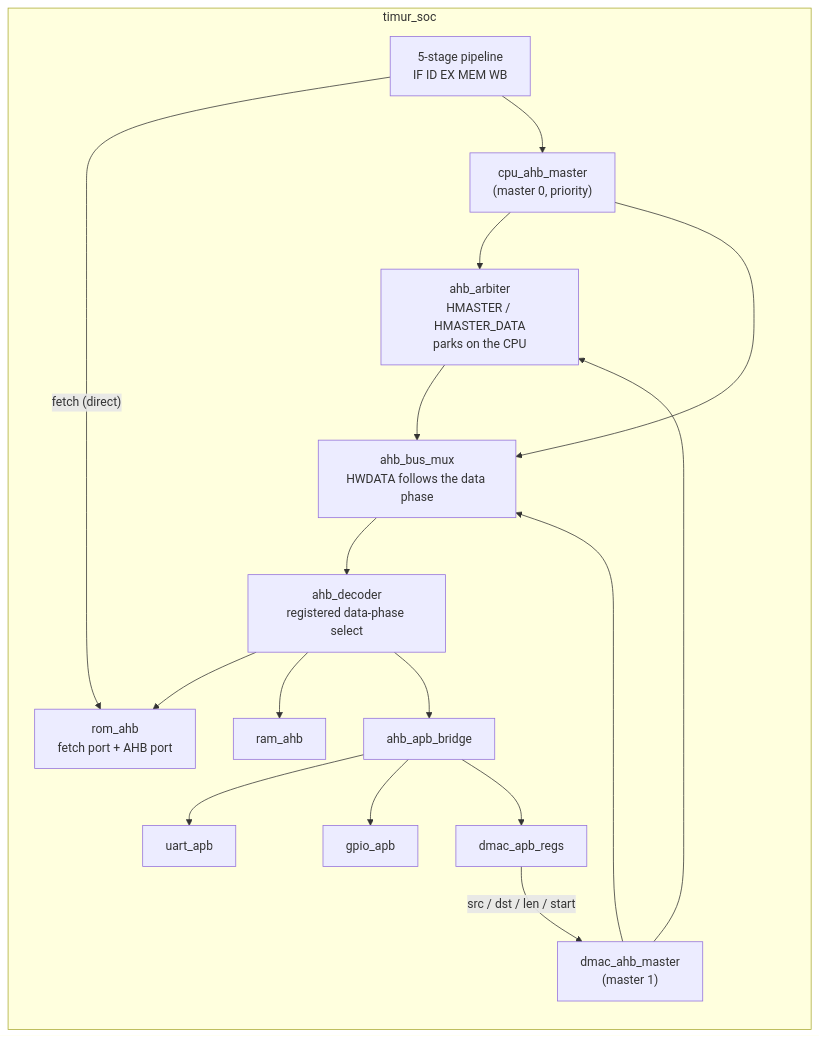
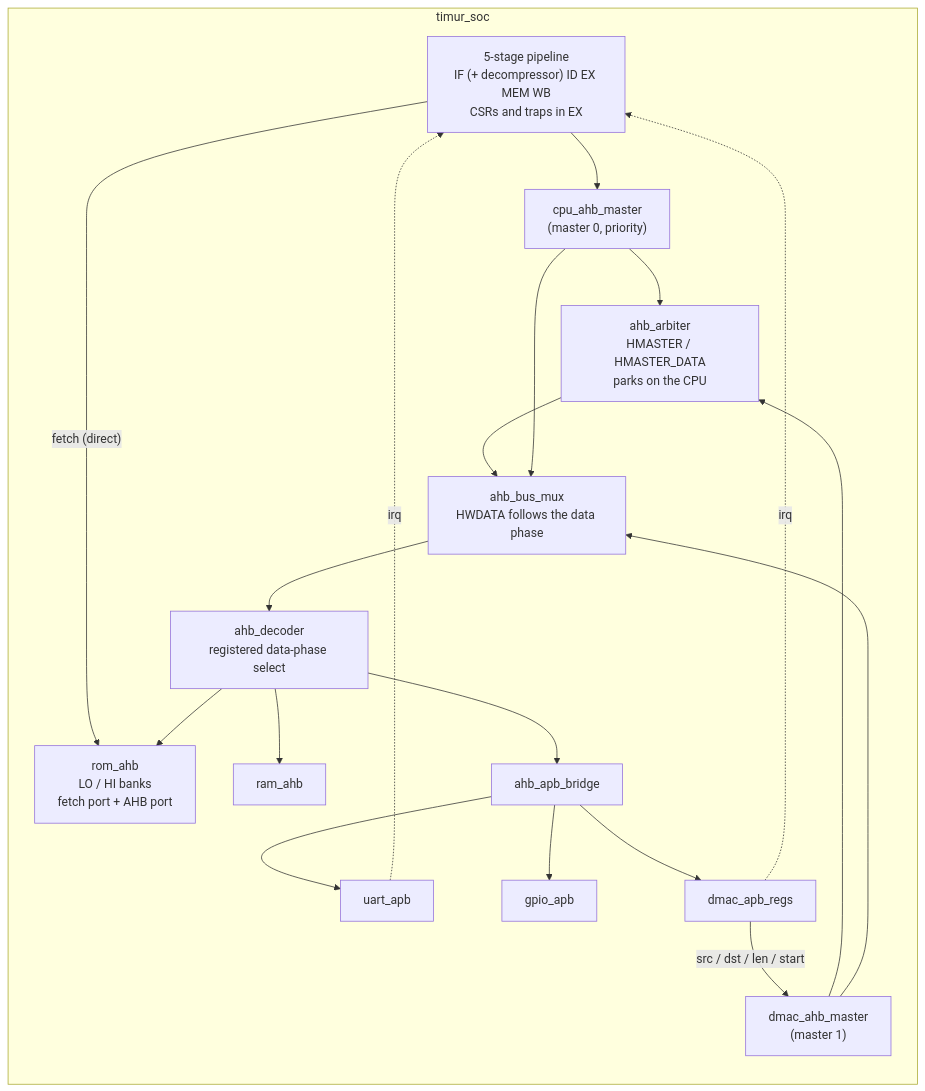
Before and after one commit to hikmethankolay/Timur-RV32IMC: the diagram in README.md, drawn with Mermaid. The commit also changed other lines of this file and 85 other files, not shown here.

````diff
--- a/README.md
+++ b/README.md
@@ -61,32 +66,34 @@
 ```mermaid
 flowchart LR
     subgraph SOC["timur_soc"]
-        CORE["5-stage pipeline<br/>IF ID EX MEM WB"]
+        CORE["5-stage pipeline<br/>IF (+ decompressor) ID EX MEM WB<br/>CSRs and traps in EX"]
         CPUM["cpu_ahb_master<br/>(master 0, priority)"]
         DMAM["dmac_ahb_master<br/>(master 1)"]
         ARB["ahb_arbiter<br/>HMASTER / HMASTER_DATA<br/>parks on the CPU"]
         MUX["ahb_bus_mux<br/>HWDATA follows the data phase"]
         DEC["ahb_decoder<br/>registered data-phase select"]
-        ROM["rom_ahb<br/>fetch port + AHB port"]
+        ROM["rom_ahb<br/>LO / HI banks<br/>fetch port + AHB port"]
         RAM["ram_ahb"]
         BR["ahb_apb_bridge"]
         UART["uart_apb"]
         GPIO["gpio_apb"]
         DREG["dmac_apb_regs"]
     end
     CORE -->|"fetch (direct)"| ROM
     CORE --> CPUM
     CPUM --> ARB
     DMAM --> ARB
     ARB --> MUX
     CPUM --> MUX
     DMAM --> MUX
     MUX --> DEC
     DEC --> ROM
     DEC --> RAM
     DEC --> BR
     BR --> UART
     BR --> GPIO
     BR --> DREG
     DREG -->|"src / dst / len / start"| DMAM
+    UART -.->|"irq"| CORE
+    DREG -.->|"irq"| CORE
 ```
````
